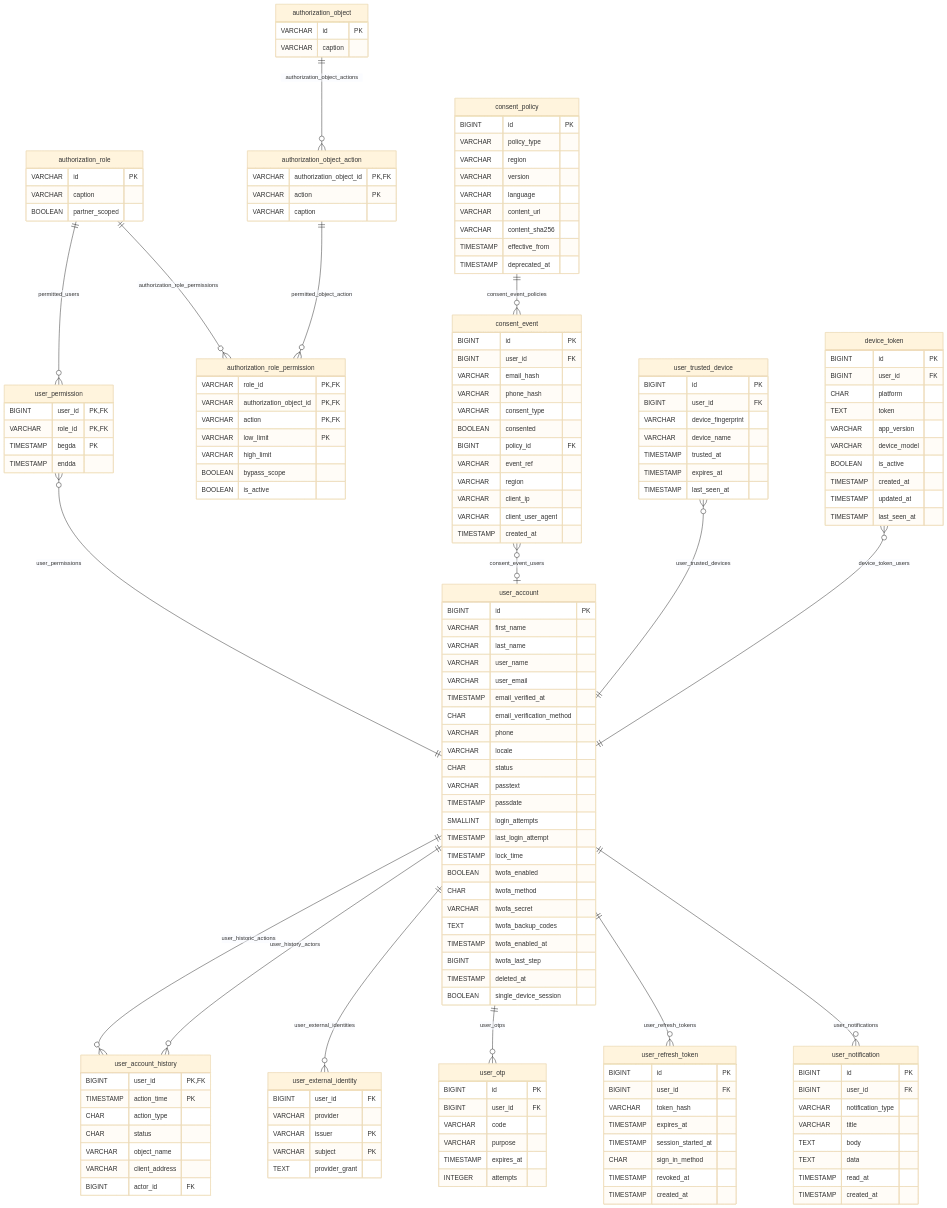
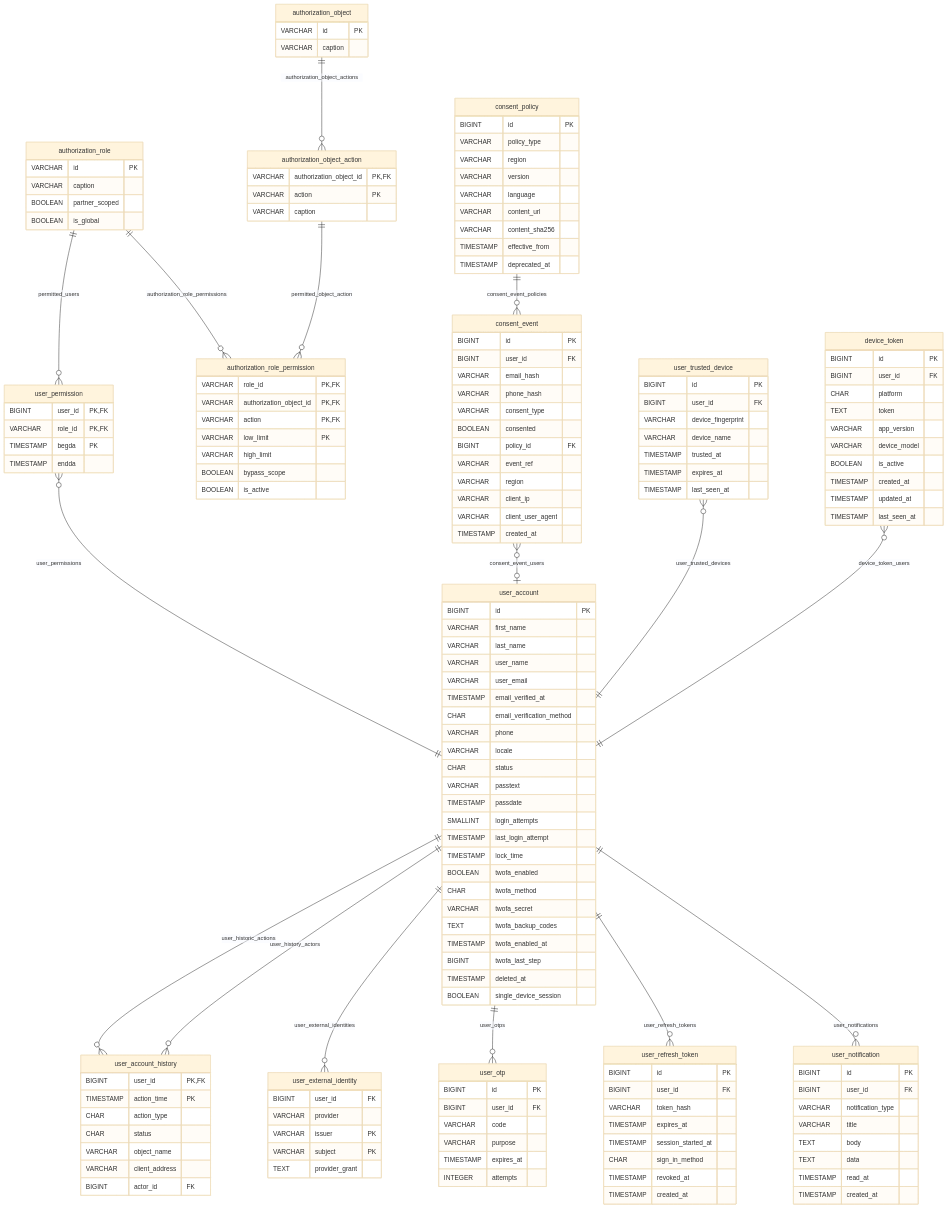
One commit to nauticana/keel changed the seventh of 24 diagrams in doc/database.md. Above: the diagram before and after it, drawn with Mermaid (base theme). The commit also changed other lines of this file and 44 other files, not shown here.

Commit message:
Inbound idempotency, WebSocket tickets, global roles in the schema

```diff
--- a/doc/database.md
+++ b/doc/database.md
@@ -633,6 +634,7 @@
         VARCHAR id PK
         VARCHAR caption
         BOOLEAN partner_scoped
+        BOOLEAN is_global
     }
     authorization_role_permission {
         VARCHAR role_id PK,FK
```
